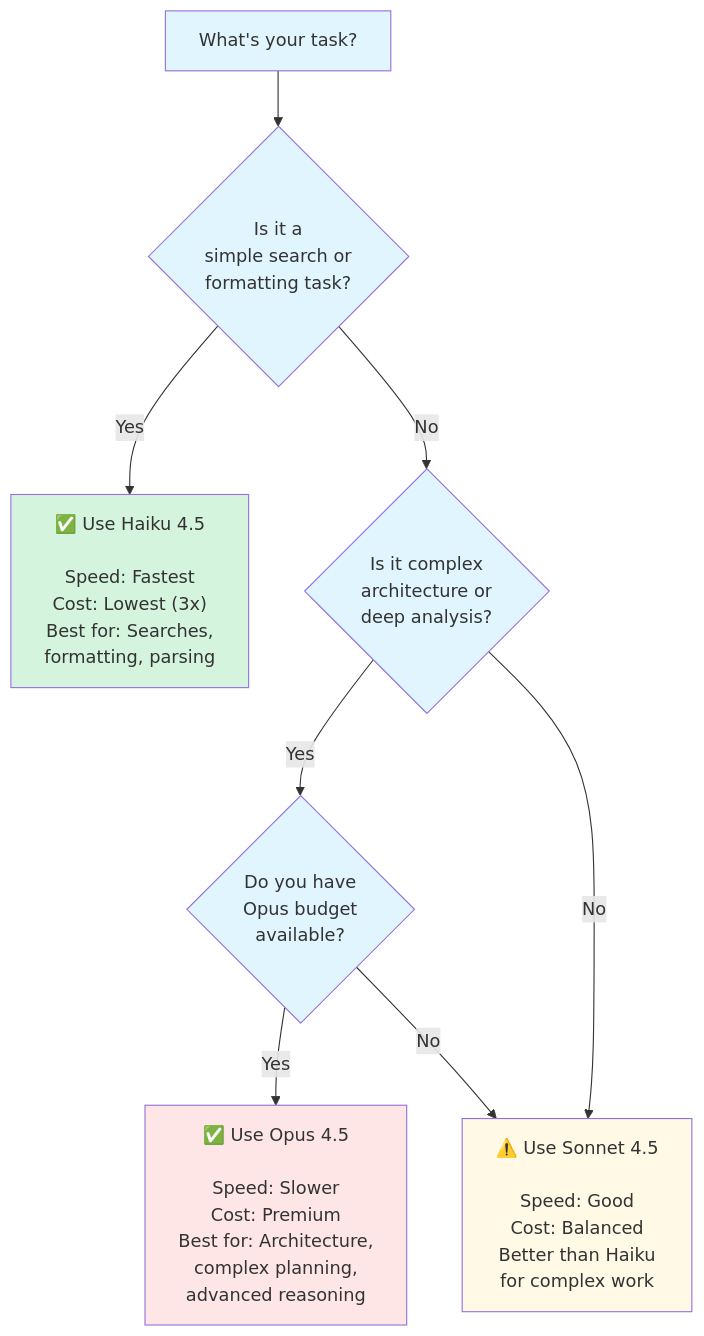
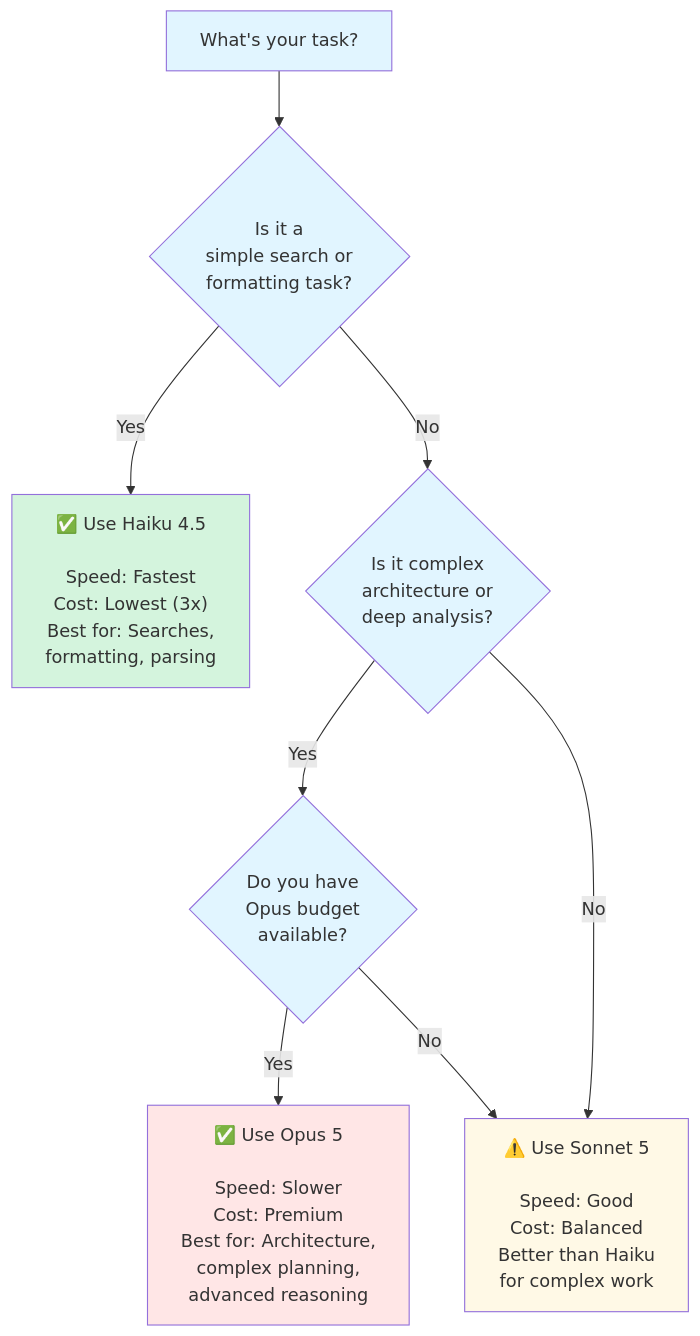
One commit to sxntixgo/claudecode-documentation changed the diagram in guides/14-reference/5-model-selection-tree.md. Above: the diagram before and after it, drawn with Mermaid. The commit also changed 24 other files, not shown here.

````diff
--- a/guides/14-reference/5-model-selection-tree.md
+++ b/guides/14-reference/5-model-selection-tree.md
@@ -13,26 +13,26 @@
 ```mermaid
 graph TD
     Start["What's your task?"]
 
     Start --> Q1{"Is it a<br/>simple search or<br/>formatting task?"}
 
     Q1 -->|Yes| Haiku["✅ Use Haiku 4.5<br/><br/>Speed: Fastest<br/>Cost: Lowest (3x)<br/>Best for: Searches,<br/>formatting, parsing"]
 
     Q1 -->|No| Q2{"Is it complex<br/>architecture or<br/>deep analysis?"}
 
     Q2 -->|Yes| Q3{"Do you have<br/>Opus budget<br/>available?"}
 
-    Q3 -->|Yes| Opus["✅ Use Opus 4.5<br/><br/>Speed: Slower<br/>Cost: Premium<br/>Best for: Architecture,<br/>complex planning,<br/>advanced reasoning"]
+    Q3 -->|Yes| Opus["✅ Use Opus 5<br/><br/>Speed: Slower<br/>Cost: Premium<br/>Best for: Architecture,<br/>complex planning,<br/>advanced reasoning"]
 
-    Q3 -->|No| Sonnet["⚠️ Use Sonnet 4.5<br/><br/>Speed: Good<br/>Cost: Balanced<br/>Better than Haiku<br/>for complex work"]
+    Q3 -->|No| Sonnet["⚠️ Use Sonnet 5<br/><br/>Speed: Good<br/>Cost: Balanced<br/>Better than Haiku<br/>for complex work"]
 
     Q2 -->|No| Sonnet
 
     style Haiku fill:#d4f4dd
     style Sonnet fill:#fff9e6
     style Opus fill:#ffe6e6
     style Start fill:#e1f5ff
     style Q1 fill:#e1f5ff
     style Q2 fill:#e1f5ff
     style Q3 fill:#e1f5ff
 ```
````
